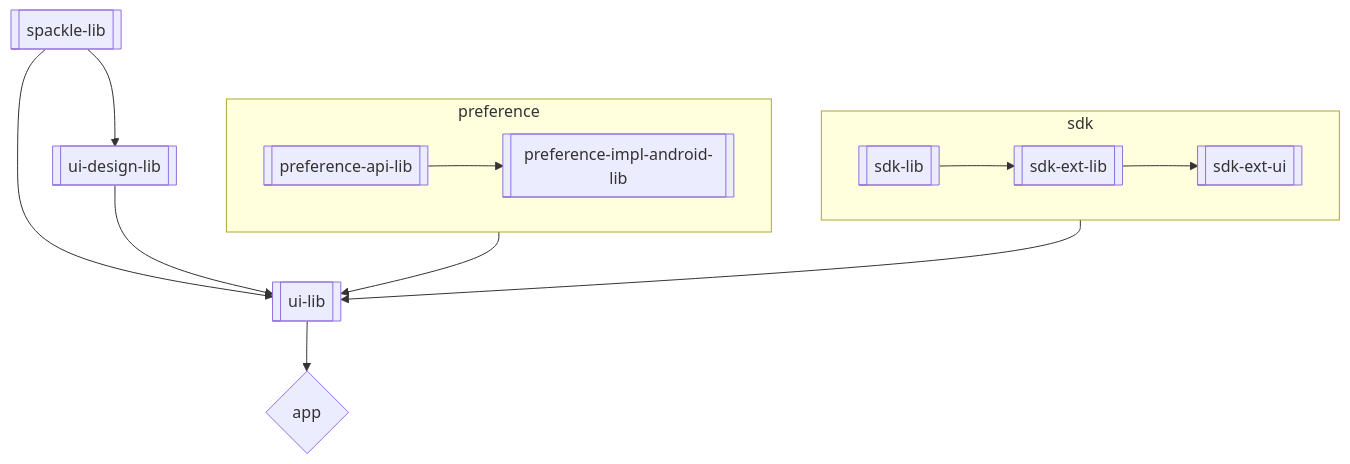
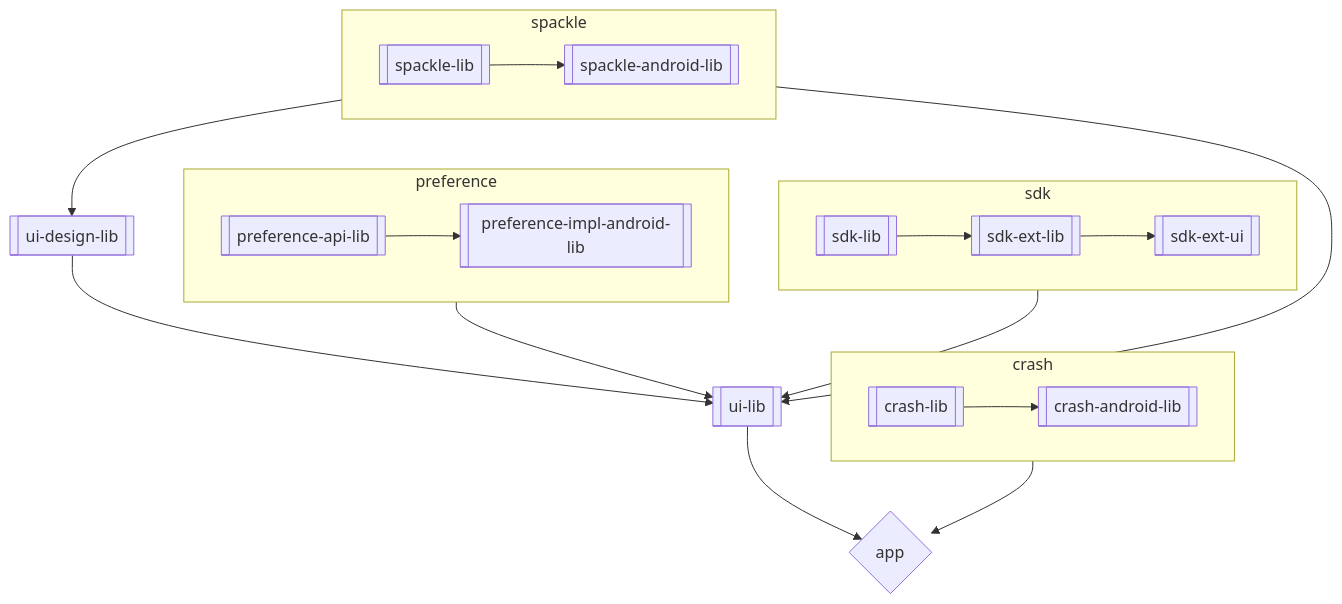
One commit to Electric-Coin-Company/zashi-android changed the diagram in docs/Architecture.md. Above: the diagram before and after it, drawn with Mermaid. The commit also changed other lines of this file and 87 other files, not shown here.

````diff
--- a/docs/Architecture.md
+++ b/docs/Architecture.md
@@ -43,20 +48,31 @@
 ```mermaid
   flowchart TB;
       subgraph sdk
           sdkLib[[sdk-lib]];
           sdkExtLib[[sdk-ext-lib]];
-          sdkExtUI[[sdk-ext-ui]];
+          sdkExtUi[[sdk-ext-ui]];
       end
-      sdkLib[[sdk-lib]] --> sdkExtLib[[sdk-ext-lib]] --> sdkExtUI[[sdk-ext-ui]];
+      sdkLib[[sdk-lib]] --> sdkExtLib[[sdk-ext-lib]] --> sdkExtUi[[sdk-ext-ui]];
       subgraph preference
-          preference-api-lib[[preference-api-lib]];
-          preference-impl-android-lib[[preference-impl-android-lib]];
+          preferenceApiLib[[preference-api-lib]];
+          preferenceImplAndroidLib[[preference-impl-android-lib]];
       end
-      preference-api-lib[[preference-api-lib]] --> preference-impl-android-lib[[preference-impl-android-lib]];
-      preference --> ui-lib[[ui-lib]];
-      sdk --> ui-lib[[ui-lib]];
-      spackle-lib[[spackle-lib]] --> ui-design-lib[[ui-design-lib]];
-      spackle-lib[[spackle-lib]] --> ui-lib[[ui-lib]];
-      ui-design-lib[[ui-design-lib]] --> ui-lib[[ui-lib]];
-      ui-lib[[ui-lib]] --> app{app};
+      preferenceApiLib[[preference-api-lib]] --> preferenceImplAndroidLib[[preference-impl-android-lib]];
+      subgraph crash
+          crashLib[[crash-lib]];
+          crashAndroidLib[[crash-android-lib]];
+      end
+      crashLib[[crash-lib]] --> crashAndroidLib[[crash-android-lib]];
+      subgraph spackle
+          spackleLib[[spackle-lib]];
+          spackleAndroidLib[[spackle-android-lib]];
+      end
+      spackleLib[[spackle-lib]] --> spackleAndroidLib[[spackle-android-lib]];
+      preference --> uiLib[[ui-lib]];
+      sdk --> uiLib[[ui-lib]];
+      spackle[[spackle]] --> uiDesignLib[[ui-design-lib]];
+      spackle[[spackle]] --> uiLib[[ui-lib]];
+      uiDesignLib[[ui-design-lib]] --> uiLib[[ui-lib]];
+      crash[[crash]] --> app{app};
+      uiLib[[ui-lib]] --> app{app};
 ```
````
